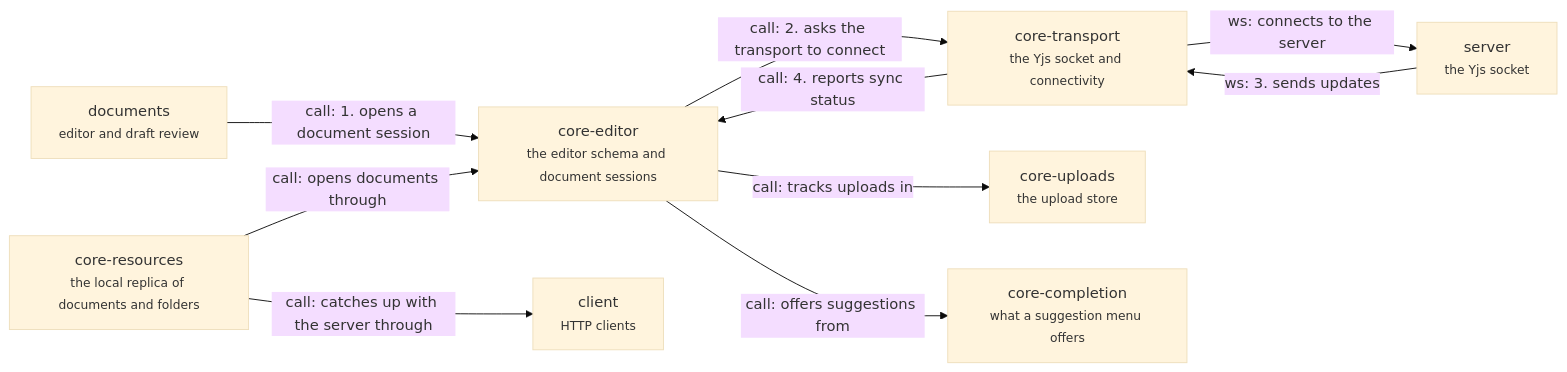
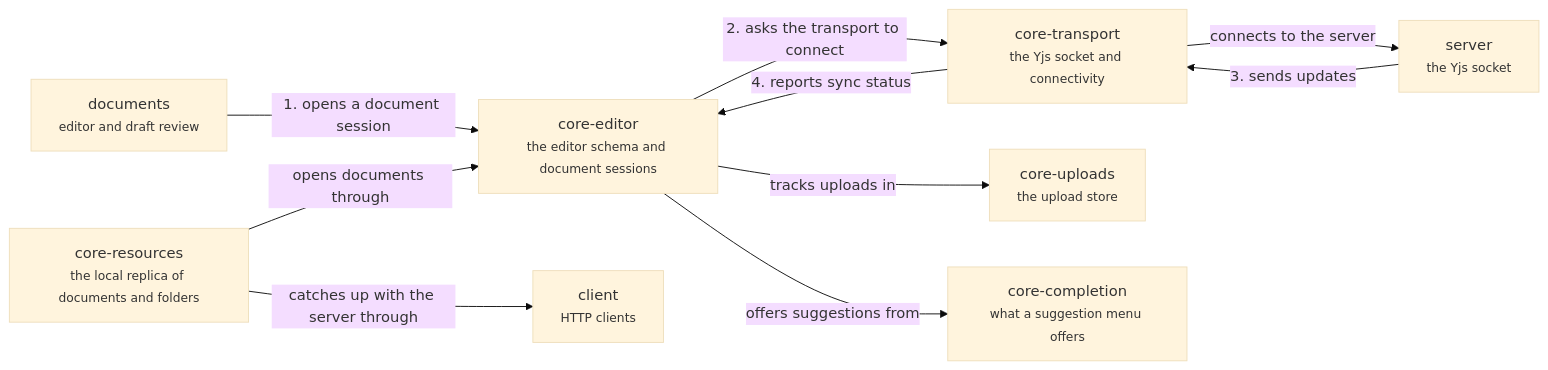
Before and after one commit to haowjy/meridian-flow: the diagram in .context/system-architecture/app-core.md, drawn with Mermaid (base theme). The commit also changed 13 other files, not shown here.

````diff
--- a/.context/system-architecture/app-core.md
+++ b/.context/system-architecture/app-core.md
@@ -5,20 +5,20 @@
 ```mermaid
 flowchart LR
   core-editor["core-editor<br/><small>the editor schema and document sessions</small>"]:::module
   core-transport["core-transport<br/><small>the Yjs socket and connectivity</small>"]:::module
   core-resources["core-resources<br/><small>the local replica of documents and folders</small>"]:::module
   core-uploads["core-uploads<br/><small>the upload store</small>"]:::module
   core-completion["core-completion<br/><small>what a suggestion menu offers</small>"]:::module
   client["client<br/><small>HTTP clients</small>"]:::context
   documents["documents<br/><small>editor and draft review</small>"]:::context
   server["server<br/><small>the Yjs socket</small>"]:::context
-  documents -->|"call: 1. opens a document session"| core-editor
-  core-editor -->|"call: 2. asks the transport to connect"| core-transport
-  core-transport -->|"ws: connects to the server"| server
-  server -->|"ws: 3. sends updates"| core-transport
-  core-transport -->|"call: 4. reports sync status"| core-editor
-  core-resources -->|"call: opens documents through"| core-editor
-  core-resources -->|"call: catches up with the server through"| client
-  core-editor -->|"call: tracks uploads in"| core-uploads
-  core-editor -->|"call: offers suggestions from"| core-completion
+  documents -->|"1. opens a document session"| core-editor
+  core-editor -->|"2. asks the transport to connect"| core-transport
+  core-transport -->|"connects to the server"| server
+  server -->|"3. sends updates"| core-transport
+  core-transport -->|"4. reports sync status"| core-editor
+  core-resources -->|"opens documents through"| core-editor
+  core-resources -->|"catches up with the server through"| client
+  core-editor -->|"tracks uploads in"| core-uploads
+  core-editor -->|"offers suggestions from"| core-completion
 ```
````
